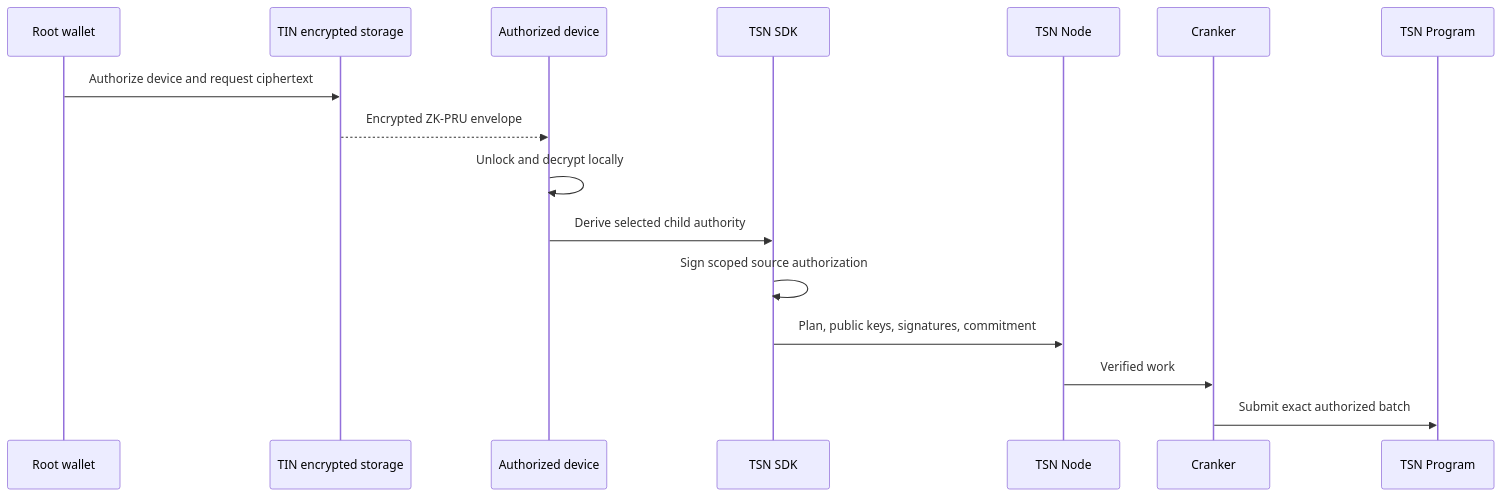
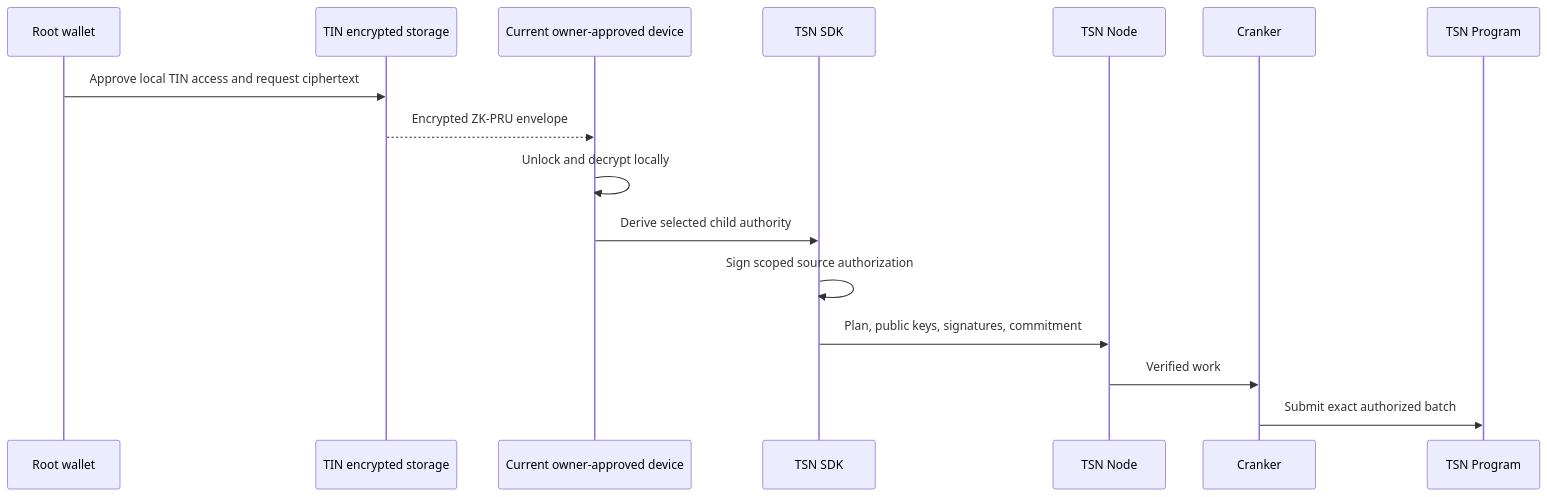
One commit to bigdreamsweb3/trustlink-pay changed the first of 2 diagrams in docs/zk-pru.md. Above: the diagram before and after it, drawn with Mermaid. The commit also changed other lines of this file and 31 other files, not shown here.

````diff
--- a/docs/zk-pru.md
+++ b/docs/zk-pru.md
@@ -18,18 +19,18 @@
 ```mermaid
 sequenceDiagram
     participant W as Root wallet
     participant T as TIN encrypted storage
-    participant D as Authorized device
+    participant D as Current owner-approved device
     participant S as TSN SDK
     participant N as TSN Node
     participant C as Cranker
     participant P as TSN Program
-    W->>T: Authorize device and request ciphertext
+    W->>T: Approve local TIN access and request ciphertext
     T-->>D: Encrypted ZK-PRU envelope
     D->>D: Unlock and decrypt locally
     D->>S: Derive selected child authority
     S->>S: Sign scoped source authorization
     S->>N: Plan, public keys, signatures, commitment
     N->>C: Verified work
     C->>P: Submit exact authorized batch
 ```
````
